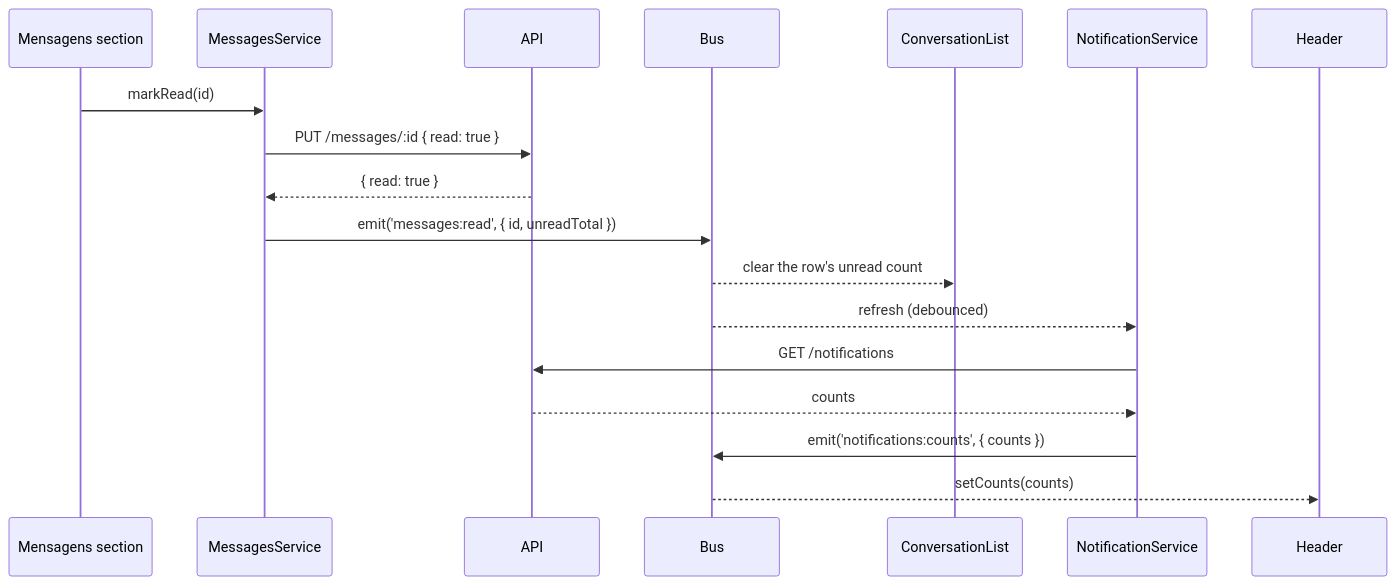
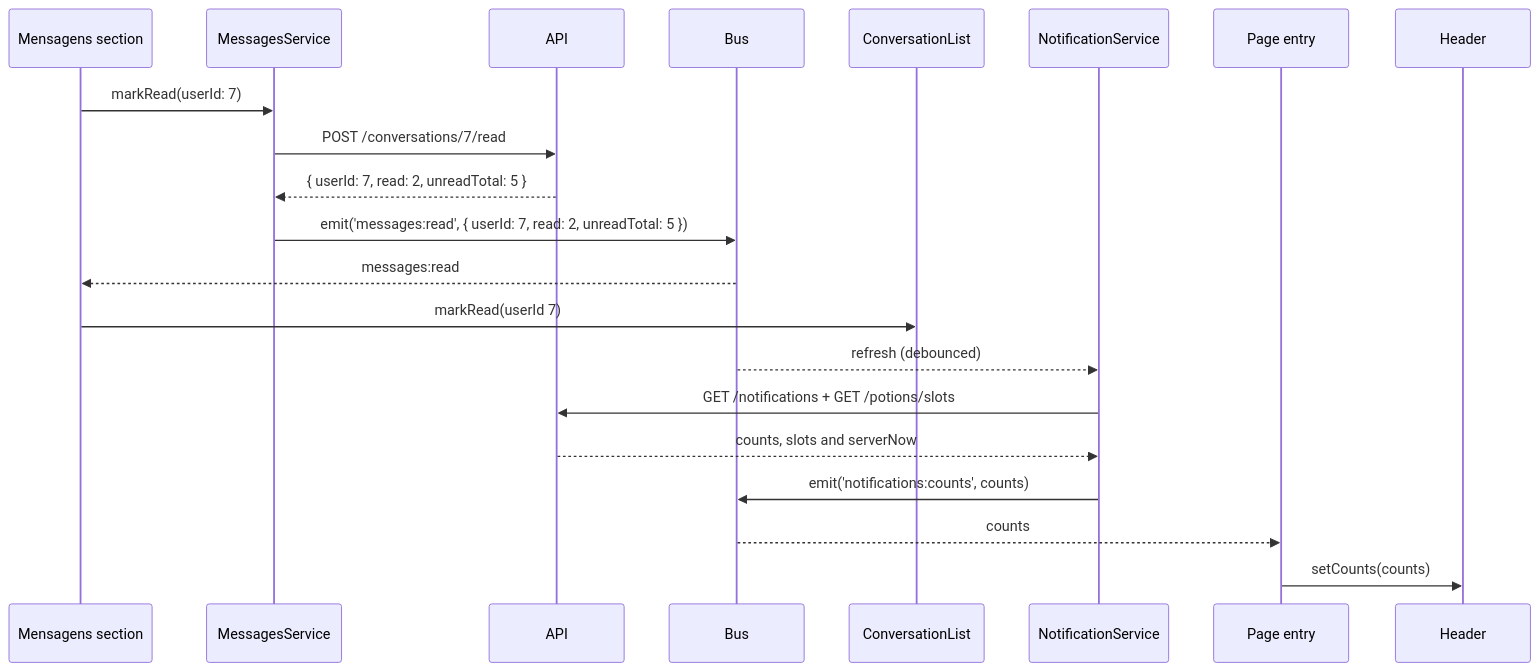
One commit to werlang/gladCode2 changed the fifth of 9 diagrams in docs/frontend/events.md. Above: the diagram before and after it, drawn with Mermaid. The commit also changed other lines of this file and 4 other files, not shown here.

````diff
--- a/docs/frontend/events.md
+++ b/docs/frontend/events.md
@@ -266,20 +385,23 @@
 ```mermaid
 sequenceDiagram
     participant Section as Mensagens section
     participant Svc as MessagesService
     participant API
     participant Bus
     participant List as ConversationList
     participant Notif as NotificationService
+    participant Shell as Page entry
     participant Header
-    Section->>Svc: markRead(id)
-    Svc->>API: PUT /messages/:id { read: true }
-    API-->>Svc: { read: true }
-    Svc->>Bus: emit('messages:read', { id, unreadTotal })
-    Bus-->>List: clear the row's unread count
+    Section->>Svc: markRead(userId: 7)
+    Svc->>API: POST /conversations/7/read
+    API-->>Svc: { userId: 7, read: 2, unreadTotal: 5 }
+    Svc->>Bus: emit('messages:read', { userId: 7, read: 2, unreadTotal: 5 })
+    Bus-->>Section: messages:read
+    Section->>List: markRead(userId 7)
     Bus-->>Notif: refresh (debounced)
-    Notif->>API: GET /notifications
-    API-->>Notif: counts
-    Notif->>Bus: emit('notifications:counts', { counts })
-    Bus-->>Header: setCounts(counts)
+    Notif->>API: GET /notifications + GET /potions/slots
+    API-->>Notif: counts, slots and serverNow
+    Notif->>Bus: emit('notifications:counts', counts)
+    Bus-->>Shell: counts
+    Shell->>Header: setCounts(counts)
 ```
````
